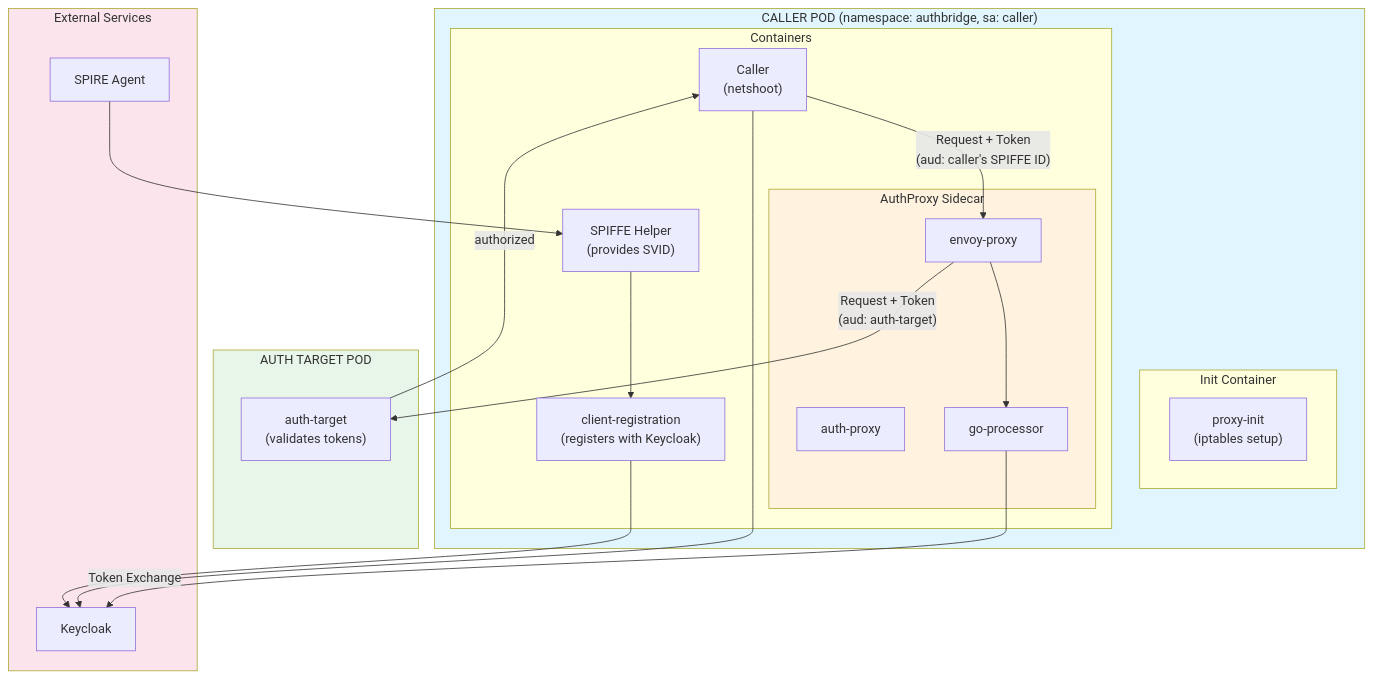
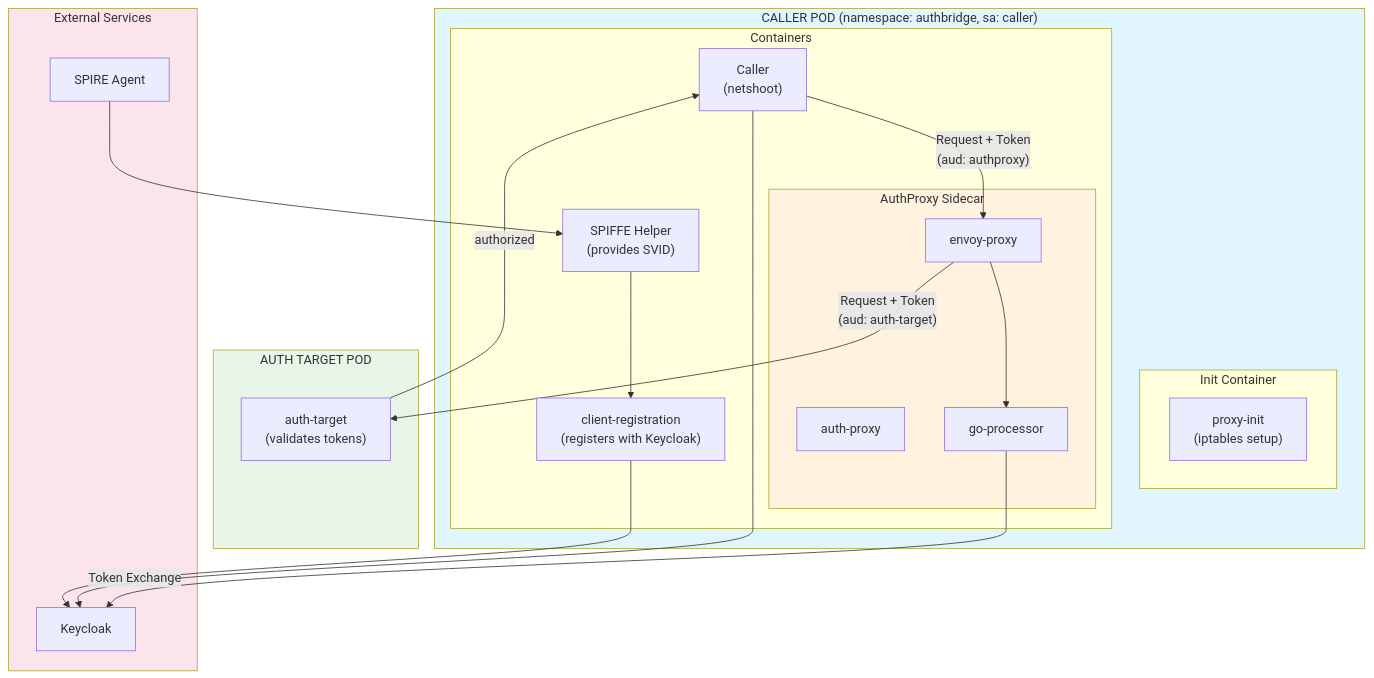
One commit to cwiklik/kagenti-extensions changed the second of 2 diagrams in AuthBridge/README.md. Above: the diagram before and after it, drawn with Mermaid. The commit also changed other lines of this file and 2 other files, not shown here.

Commit message:
Add authproxy audience back

````diff
--- a/AuthBridge/README.md
+++ b/AuthBridge/README.md
@@ -160,42 +161,42 @@
 ```mermaid
 flowchart TB
     subgraph CallerPod["CALLER POD (namespace: authbridge, sa: caller)"]
         subgraph Init["Init Container"]
             ProxyInit["proxy-init<br/>(iptables setup)"]
         end
         subgraph Containers["Containers"]
             Caller["Caller<br/>(netshoot)"]
             SpiffeHelper["SPIFFE Helper<br/>(provides SVID)"]
             ClientReg["client-registration<br/>(registers with Keycloak)"]
             subgraph Sidecar["AuthProxy Sidecar"]
                 AuthProxy["auth-proxy"]
                 Envoy["envoy-proxy"]
                 GoProc["go-processor"]
             end
         end
     end
 
     subgraph TargetPod["AUTH TARGET POD"]
         AuthTarget["auth-target<br/>(validates tokens)"]
     end
 
     subgraph External["External Services"]
         SPIRE["SPIRE Agent"]
         Keycloak["Keycloak"]
     end
 
     SPIRE --> SpiffeHelper
     SpiffeHelper --> ClientReg
     ClientReg --> Keycloak
     Caller --> Keycloak
-    Caller -->|"Request + Token<br/>(aud: caller's SPIFFE ID)"| Envoy
+    Caller -->|"Request + Token<br/>(aud: authproxy)"| Envoy
     Envoy --> GoProc
     GoProc -->|"Token Exchange"| Keycloak
     Envoy -->|"Request + Token<br/>(aud: auth-target)"| AuthTarget
     AuthTarget -->|"authorized"| Caller
 
     style CallerPod fill:#e1f5fe
     style TargetPod fill:#e8f5e9
     style Sidecar fill:#fff3e0
     style External fill:#fce4ec
 ```
````
